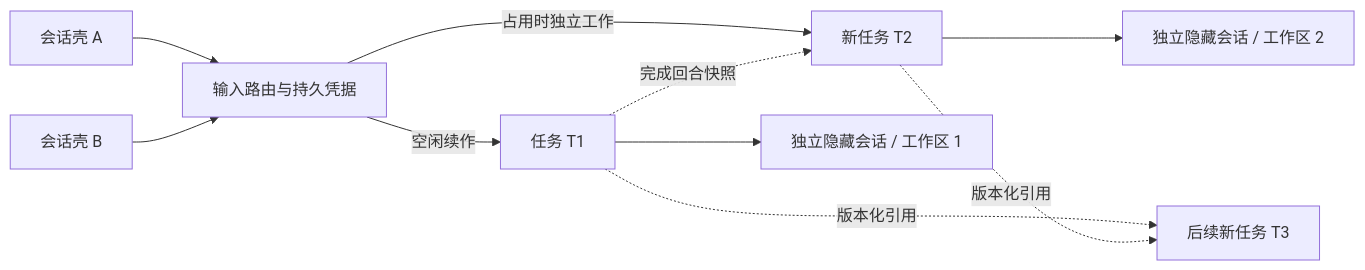
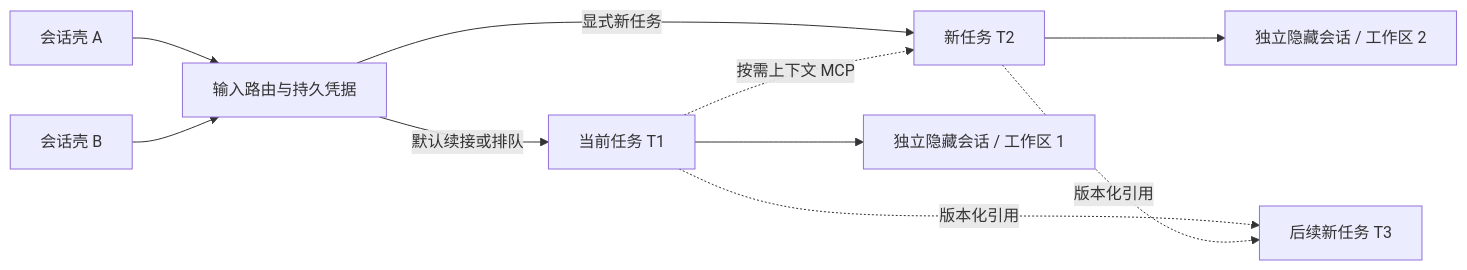
The diagram in docs/task-session-shell-experiment.md (lsjwzh/MultiCC), drawn with Mermaid before and after one commit. The commit also changed other lines of this file and 26 other files, not shown here.

````diff
--- a/docs/task-session-shell-experiment.md
+++ b/docs/task-session-shell-experiment.md
@@ -33,12 +37,12 @@
 ```mermaid
 flowchart LR
   A[会话壳 A] --> R[输入路由与持久凭据]
   B[会话壳 B] --> R
-  R -->|空闲续作| T1[任务 T1]
-  R -->|占用时独立工作| T2[新任务 T2]
-  T1 -.完成回合快照.-> T2
+  R -->|默认续接或排队| T1[当前任务 T1]
+  R -->|显式新任务| T2[新任务 T2]
+  T1 -.按需上下文 MCP.-> T2
   T1 --> E1[独立隐藏会话 / 工作区 1]
   T2 --> E2[独立隐藏会话 / 工作区 2]
   T1 -.版本化引用.-> T3[后续新任务 T3]
   T2 -.版本化引用.-> T3
 ```
````
